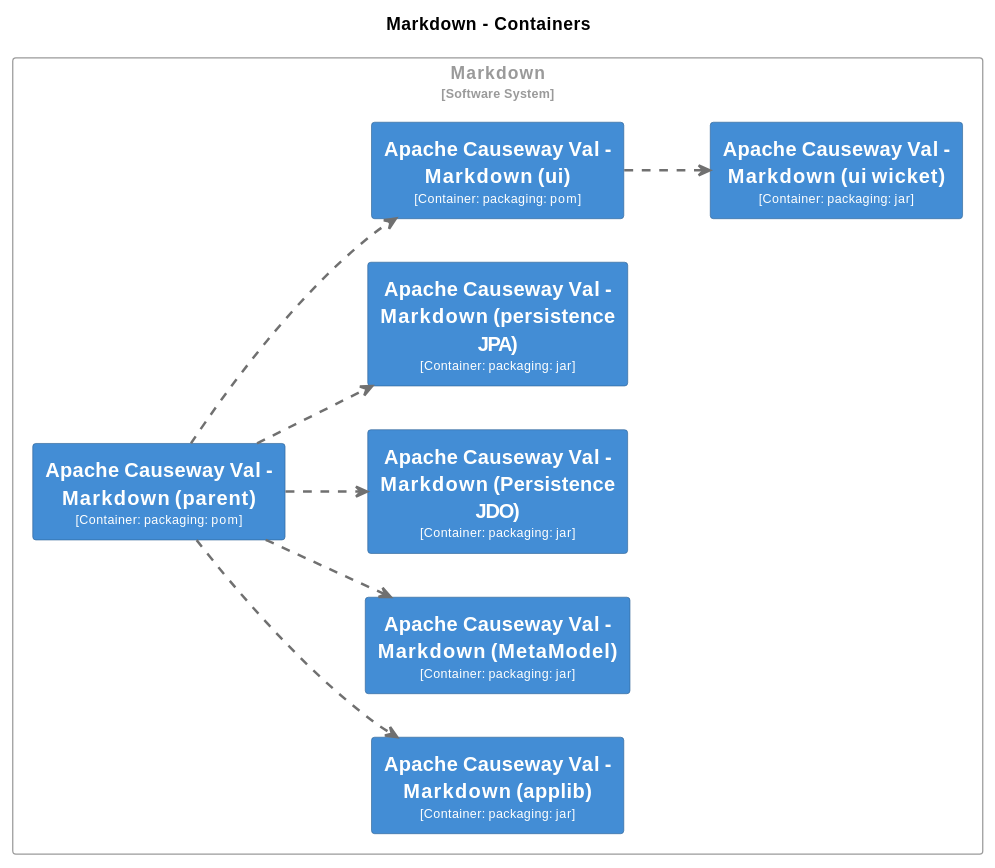
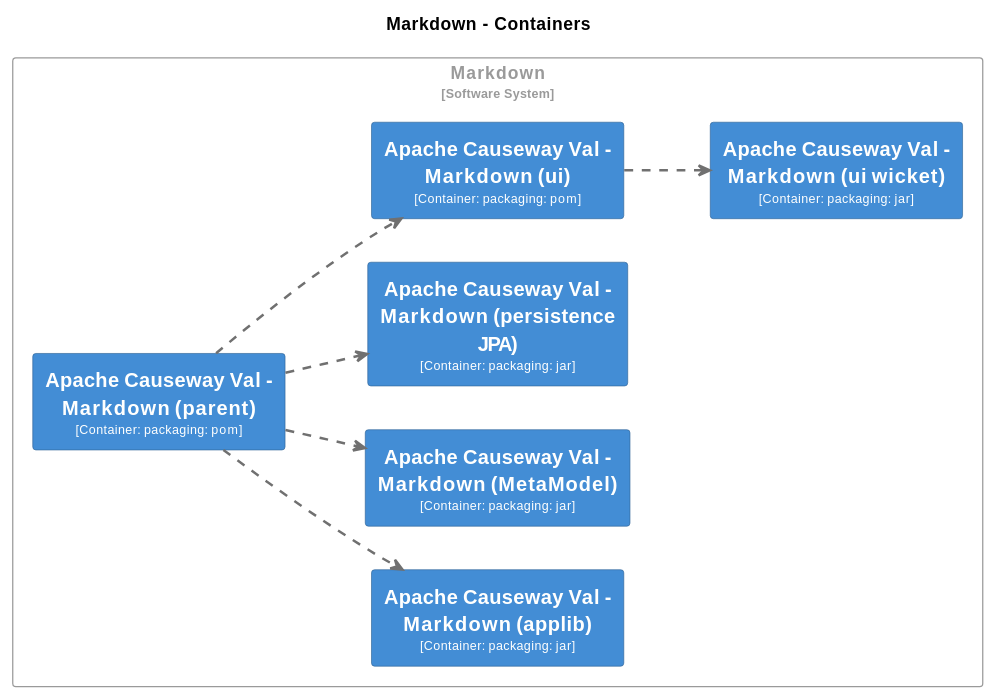
One commit to apache/causeway changed diagram 20 of 31 in core/adoc/modules/_overview/pages/about.adoc. Above: the diagram before and after it, drawn with PlantUML. The commit also changed other lines of this file and 186 other files, not shown here.

```diff
--- a/core/adoc/modules/_overview/pages/about.adoc
+++ b/core/adoc/modules/_overview/pages/about.adoc
@@ -3784,83 +3564,75 @@
 [plantuml,Markdown,svg]
 ----
 @startuml
 set separator none
 title Markdown - Containers
 
 left to right direction
 
 skinparam {
   arrowFontSize 10
   defaultTextAlignment center
   wrapWidth 200
   maxMessageSize 100
 }
 
 hide stereotype
 
 skinparam rectangle<<Markdown.ApacheCausewayValMarkdownMetaModel>> {
-  BackgroundColor #438dd5
-  FontColor #fffffe
-  BorderColor #2e6295
-  shadowing false
-}
-skinparam rectangle<<Markdown.ApacheCausewayValMarkdownPersistenceJDO>> {
   BackgroundColor #438dd5
   FontColor #fffffe
   BorderColor #2e6295
   shadowing false
 }
 skinparam rectangle<<Markdown.ApacheCausewayValMarkdownapplib>> {
   BackgroundColor #438dd5
   FontColor #fffffe
   BorderColor #2e6295
   shadowing false
 }
 skinparam rectangle<<Markdown.ApacheCausewayValMarkdownparent>> {
   BackgroundColor #438dd5
   FontColor #fffffe
   BorderColor #2e6295
   shadowing false
 }
 skinparam rectangle<<Markdown.ApacheCausewayValMarkdownpersistenceJPA>> {
   BackgroundColor #438dd5
   FontColor #fffffe
   BorderColor #2e6295
   shadowing false
 }
 skinparam rectangle<<Markdown.ApacheCausewayValMarkdownuiwicket>> {
   BackgroundColor #438dd5
   FontColor #fffffe
   BorderColor #2e6295
   shadowing false
 }
 skinparam rectangle<<Markdown.ApacheCausewayValMarkdownui>> {
   BackgroundColor #438dd5
   FontColor #fffffe
   BorderColor #2e6295
   shadowing false
 }
 skinparam rectangle<<Markdown>> {
   BorderColor #9a9a9a
   FontColor #9a9a9a
   shadowing false
 }
 
 rectangle "Markdown\n<size:10>[Software System]</size>" <<Markdown>> {
   rectangle "==Apache Causeway Val - Markdown (parent)\n<size:10>[Container: packaging: pom]</size>" <<Markdown.ApacheCausewayValMarkdownparent>> as Markdown.ApacheCausewayValMarkdownparent
   rectangle "==Apache Causeway Val - Markdown (applib)\n<size:10>[Container: packaging: jar]</size>" <<Markdown.ApacheCausewayValMarkdownapplib>> as Markdown.ApacheCausewayValMarkdownapplib
   rectangle "==Apache Causeway Val - Markdown (MetaModel)\n<size:10>[Container: packaging: jar]</size>" <<Markdown.ApacheCausewayValMarkdownMetaModel>> as Markdown.ApacheCausewayValMarkdownMetaModel
-  rectangle "==Apache Causeway Val - Markdown (Persistence JDO)\n<size:10>[Container: packaging: jar]</size>" <<Markdown.ApacheCausewayValMarkdownPersistenceJDO>> as Markdown.ApacheCausewayValMarkdownPersistenceJDO
   rectangle "==Apache Causeway Val - Markdown (persistence JPA)\n<size:10>[Container: packaging: jar]</size>" <<Markdown.ApacheCausewayValMarkdownpersistenceJPA>> as Markdown.ApacheCausewayValMarkdownpersistenceJPA
   rectangle "==Apache Causeway Val - Markdown (ui)\n<size:10>[Container: packaging: pom]</size>" <<Markdown.ApacheCausewayValMarkdownui>> as Markdown.ApacheCausewayValMarkdownui
   rectangle "==Apache Causeway Val - Markdown (ui wicket)\n<size:10>[Container: packaging: jar]</size>" <<Markdown.ApacheCausewayValMarkdownuiwicket>> as Markdown.ApacheCausewayValMarkdownuiwicket
 }
 
-Markdown.ApacheCausewayValMarkdownparent .[#707070,thickness=2].> Markdown.ApacheCausewayValMarkdownMetaModel : "<color:#707070>"
-Markdown.ApacheCausewayValMarkdownparent .[#707070,thickness=2].> Markdown.ApacheCausewayValMarkdownPersistenceJDO : "<color:#707070>"
 Markdown.ApacheCausewayValMarkdownparent .[#707070,thickness=2].> Markdown.ApacheCausewayValMarkdownpersistenceJPA : "<color:#707070>"
 Markdown.ApacheCausewayValMarkdownparent .[#707070,thickness=2].> Markdown.ApacheCausewayValMarkdownui : "<color:#707070>"
 Markdown.ApacheCausewayValMarkdownui .[#707070,thickness=2].> Markdown.ApacheCausewayValMarkdownuiwicket : "<color:#707070>"
 Markdown.ApacheCausewayValMarkdownparent .[#707070,thickness=2].> Markdown.ApacheCausewayValMarkdownapplib : "<color:#707070>"
+Markdown.ApacheCausewayValMarkdownparent .[#707070,thickness=2].> Markdown.ApacheCausewayValMarkdownMetaModel : "<color:#707070>"
 @enduml
 ----
```
